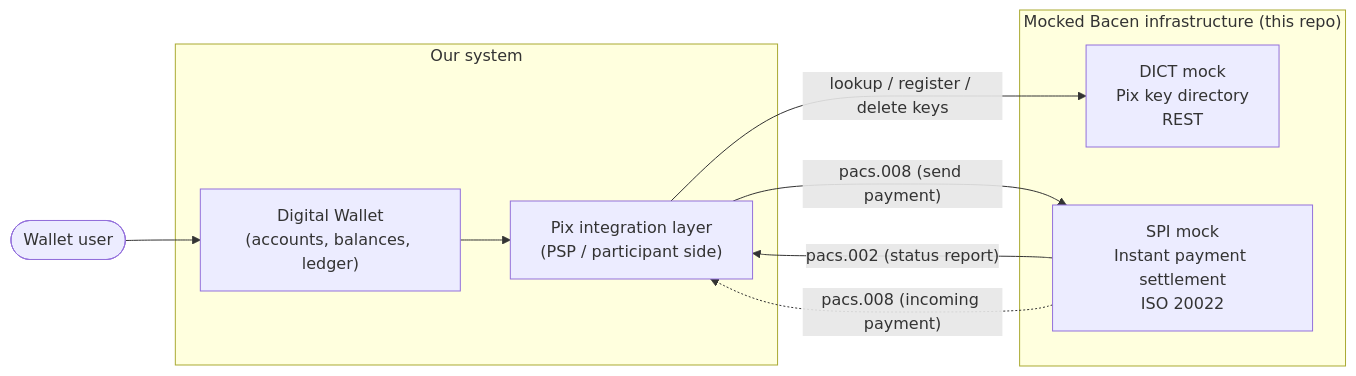
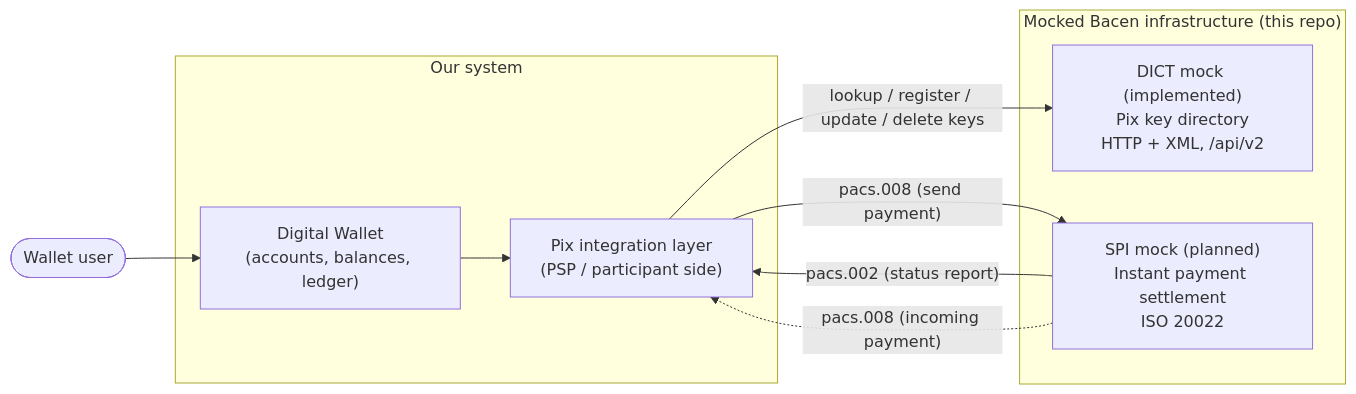
Before and after one commit to piovani/pix_fake: the first of 4 diagrams in docs/architecture.md, drawn with Mermaid. The commit also changed other lines of this file and 3 other files, not shown here.

Commit message:
docs: update docs for the DICT mock and add the project roadmap

````diff
--- a/docs/architecture.md
+++ b/docs/architecture.md
@@ -7,20 +10,20 @@
 ```mermaid
 flowchart LR
     User([Wallet user]) --> Wallet
 
     subgraph Ours["Our system"]
         Wallet["Digital Wallet<br/>(accounts, balances, ledger)"]
         PixInt["Pix integration layer<br/>(PSP / participant side)"]
         Wallet --> PixInt
     end
 
     subgraph Mocks["Mocked Bacen infrastructure (this repo)"]
-        DICT["DICT mock<br/>Pix key directory<br/>REST"]
-        SPI["SPI mock<br/>Instant payment settlement<br/>ISO 20022"]
+        DICT["DICT mock (implemented)<br/>Pix key directory<br/>HTTP + XML, /api/v2"]
+        SPI["SPI mock (planned)<br/>Instant payment settlement<br/>ISO 20022"]
     end
 
-    PixInt -- "lookup / register / delete keys" --> DICT
+    PixInt -- "lookup / register / update / delete keys" --> DICT
     PixInt -- "pacs.008 (send payment)" --> SPI
     SPI -- "pacs.002 (status report)" --> PixInt
     SPI -. "pacs.008 (incoming payment)" .-> PixInt
 ```
````
